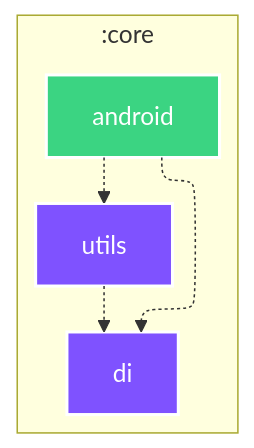
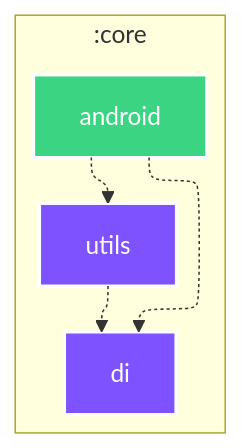
The diagram in core/android/README.md (SimonMarquis/Android-Playground), drawn with Mermaid before and after one commit. The commit also changed other lines of this file and 15 other files, not shown here.

````diff
--- a/core/android/README.md
+++ b/core/android/README.md
@@ -4,23 +4,24 @@
 ```mermaid
 ---
 config:
   layout: elk
   elk:
     nodePlacementStrategy: SIMPLE
 ---
 graph TB
   subgraph :core
+    direction TB
     :core:android[android]:::android-library
     :core:di[di]:::jvm
     :core:utils[utils]:::jvm
   end
 
   :core:android -.-> :core:di
   :core:android -.-> :core:utils
   :core:utils -.-> :core:di
 
 classDef android-application fill:#2C4162,stroke:#fff,stroke-width:2px,color:#fff;
 classDef android-library fill:#3BD482,stroke:#fff,stroke-width:2px,color:#fff;
 classDef android-test fill:#3BD482,stroke:#fff,stroke-width:2px,color:#fff;
 classDef jvm fill:#7F52FF,stroke:#fff,stroke-width:2px,color:#fff;
 ```
````
